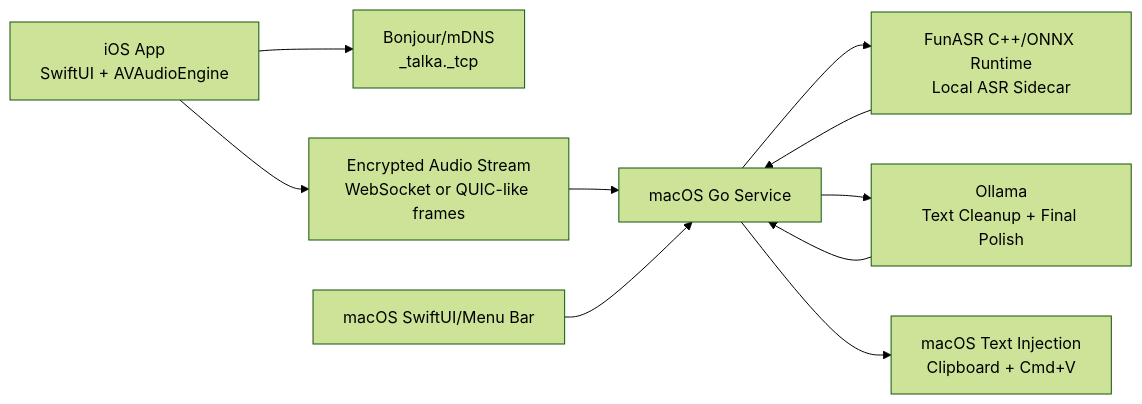
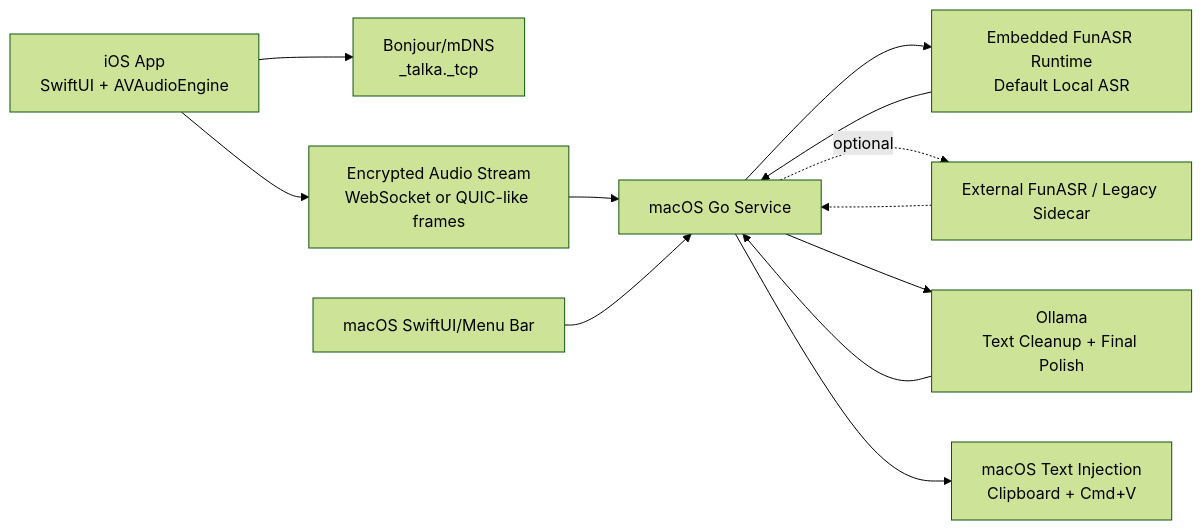
Before and after one commit to darluc/talka: the diagram in docs/technical-architecture.md, drawn with Mermaid (forest theme). The commit also changed other lines of this file and 44 other files, not shown here.

Commit message:
feat: embed FunASR runtime and improve ASR diagnostics

````diff
--- a/docs/technical-architecture.md
+++ b/docs/technical-architecture.md
@@ -13,12 +14,14 @@
 ```mermaid
 flowchart LR
   IOS["iOS App\nSwiftUI + AVAudioEngine"] --> DISC["Bonjour/mDNS\n_talka._tcp"]
   IOS --> ENC["Encrypted Audio Stream\nWebSocket or QUIC-like frames"]
   ENC --> GO["macOS Go Service"]
-  GO --> ASR["FunASR C++/ONNX Runtime\nLocal ASR Sidecar"]
+  GO --> ASR["Embedded FunASR Runtime\nDefault Local ASR"]
   ASR --> GO
+  GO -. optional .-> EXT["External FunASR / Legacy Sidecar"]
+  EXT -.-> GO
   GO --> OLLAMA["Ollama\nText Cleanup + Final Polish"]
   OLLAMA --> GO
   GO --> INJECT["macOS Text Injection\nClipboard + Cmd+V"]
   UI["macOS SwiftUI/Menu Bar"] --> GO
 ```
````
